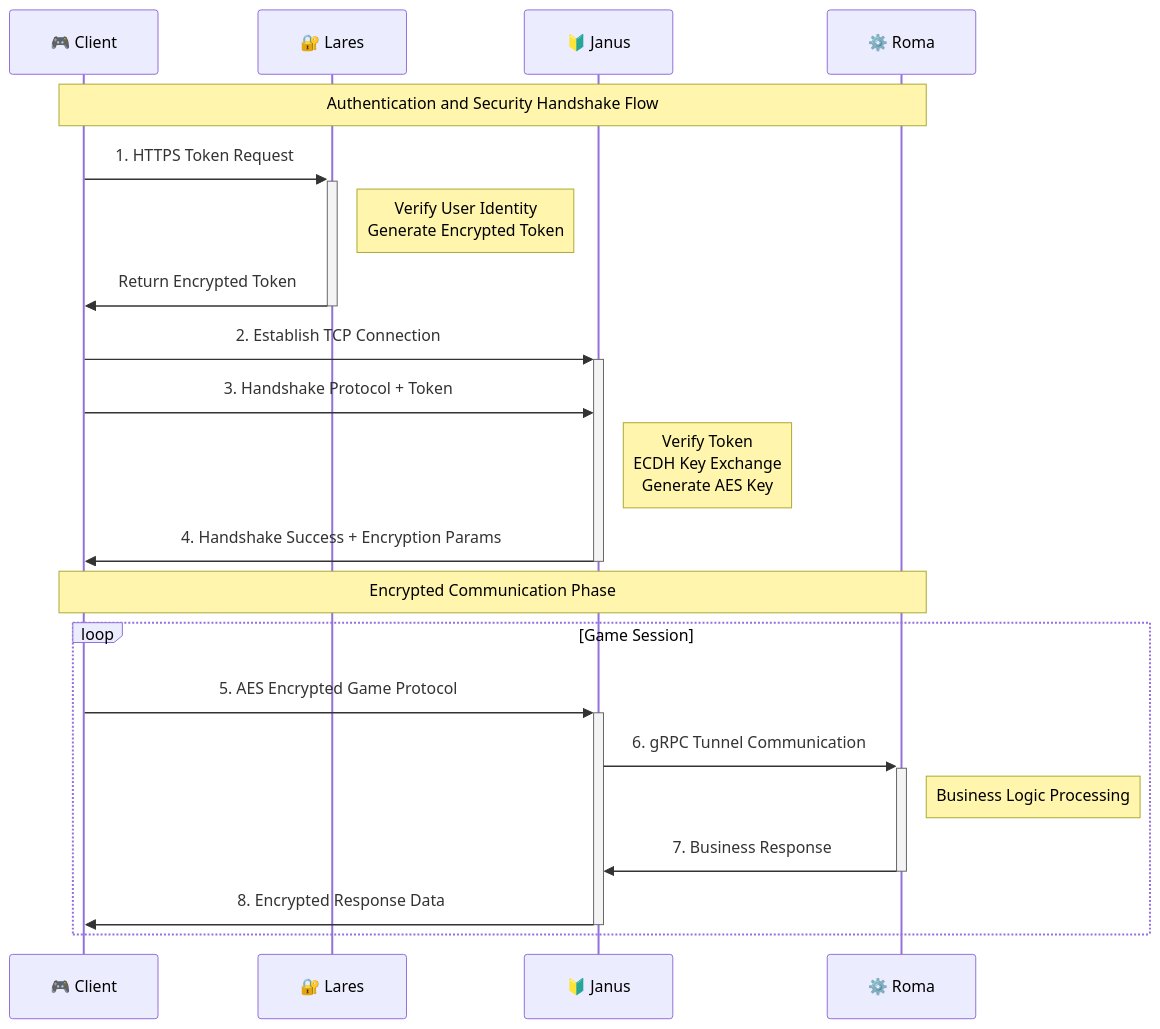
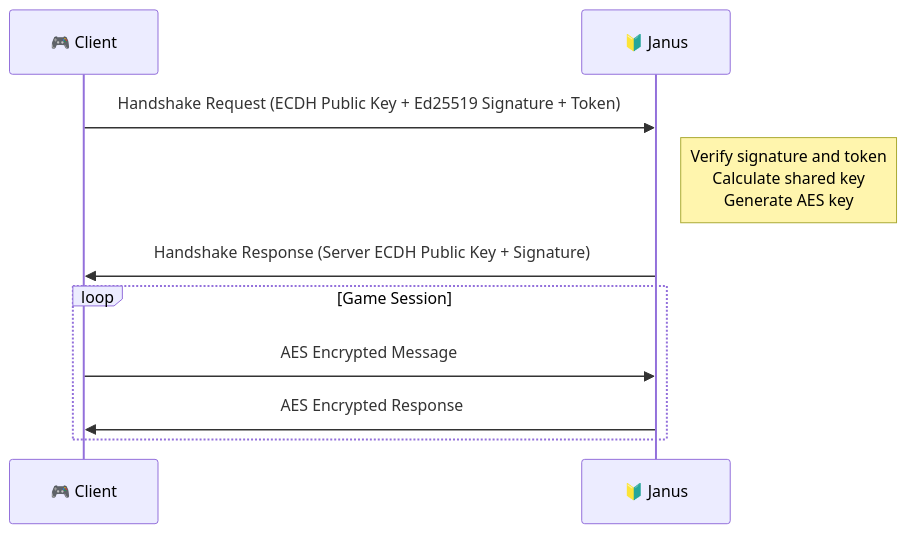
The second of 2 diagrams in README.md (go-pantheon/janus), drawn with Mermaid before and after one commit. The commit also changed other lines of this file and 4 other files, not shown here.

````diff
--- a/README.md
+++ b/README.md
@@ -176,30 +126,14 @@
 ```mermaid
 sequenceDiagram
     participant C as 🎮 Client
-    participant L as 🔐 Lares
     participant J as 🔰 Janus
-    participant R as ⚙️ Roma
 
-    Note over C,R: Authentication and Security Handshake Flow
-
-    C->>+L: 1. HTTPS Token Request
-    Note right of L: Verify User Identity<br/>Generate Encrypted Token
-    L->>-C: Return Encrypted Token
-
-    C->>+J: 2. Establish TCP Connection
-    C->>J: 3. Handshake Protocol + Token
-
-    Note right of J: Verify Token<br/>ECDH Key Exchange<br/>Generate AES Key
-
-    J->>-C: 4. Handshake Success + Encryption Params
-
-    Note over C,R: Encrypted Communication Phase
+    C->>J: Handshake Request (ECDH Public Key + Ed25519 Signature + Token)
+    Note right of J: Verify signature and token<br/>Calculate shared key<br/>Generate AES key
+    J->>C: Handshake Response (Server ECDH Public Key + Signature)
 
     loop Game Session
-        C->>+J: 5. AES Encrypted Game Protocol
-        J->>+R: 6. gRPC Tunnel Communication
-        Note right of R: Business Logic Processing
-        R->>-J: 7. Business Response
-        J->>-C: 8. Encrypted Response Data
+        C->>J: AES Encrypted Message
+        J->>C: AES Encrypted Response
     end
 ```
````
